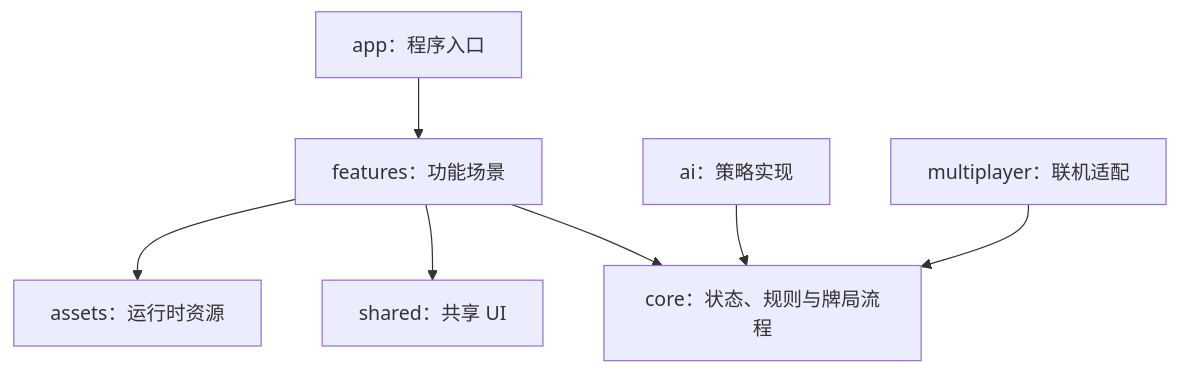
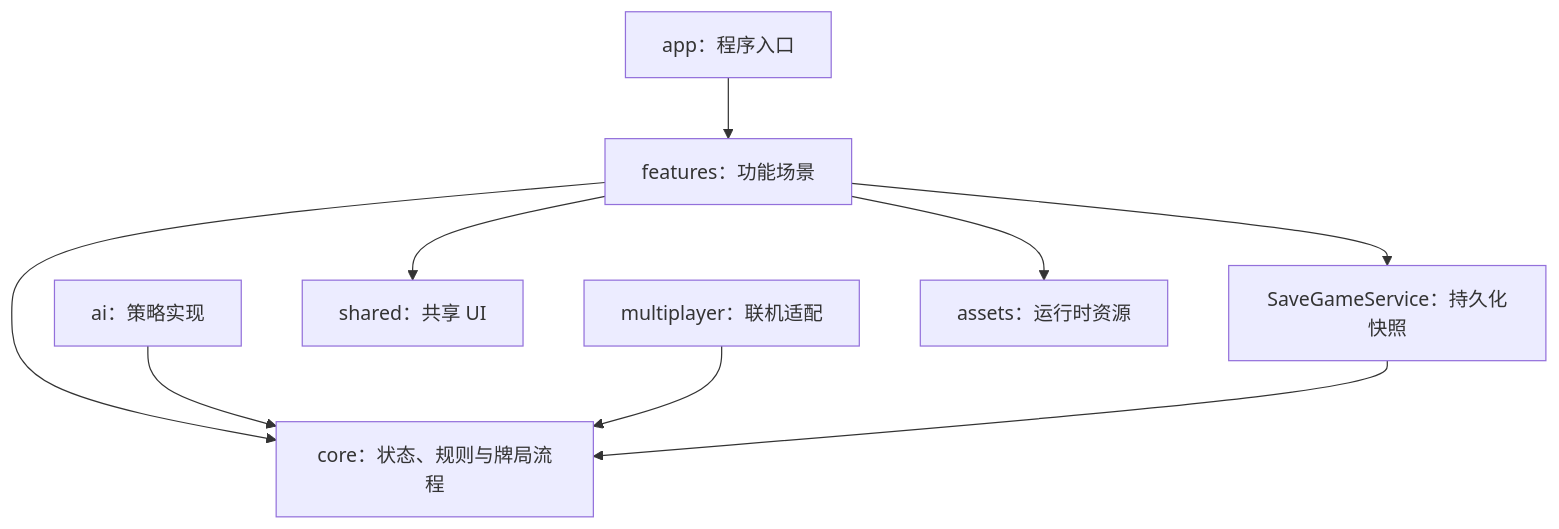
One commit to LosCrotchet/Bonus changed the diagram in docs/architecture.md. Above: the diagram before and after it, drawn with Mermaid. The commit also changed other lines of this file and 37 other files, not shown here.

````diff
--- a/docs/architecture.md
+++ b/docs/architecture.md
@@ -15,9 +15,11 @@
 ```mermaid
 flowchart TD
     App["app：程序入口"] --> Features["features：功能场景"]
     Features --> Core["core：状态、规则与牌局流程"]
     AI["ai：策略实现"] --> Core
     Multiplayer["multiplayer：联机适配"] --> Core
     Features --> Shared["shared：共享 UI"]
+    Features --> Save["SaveGameService：持久化快照"]
+    Save --> Core
     Features --> Assets["assets：运行时资源"]
 ```
````
